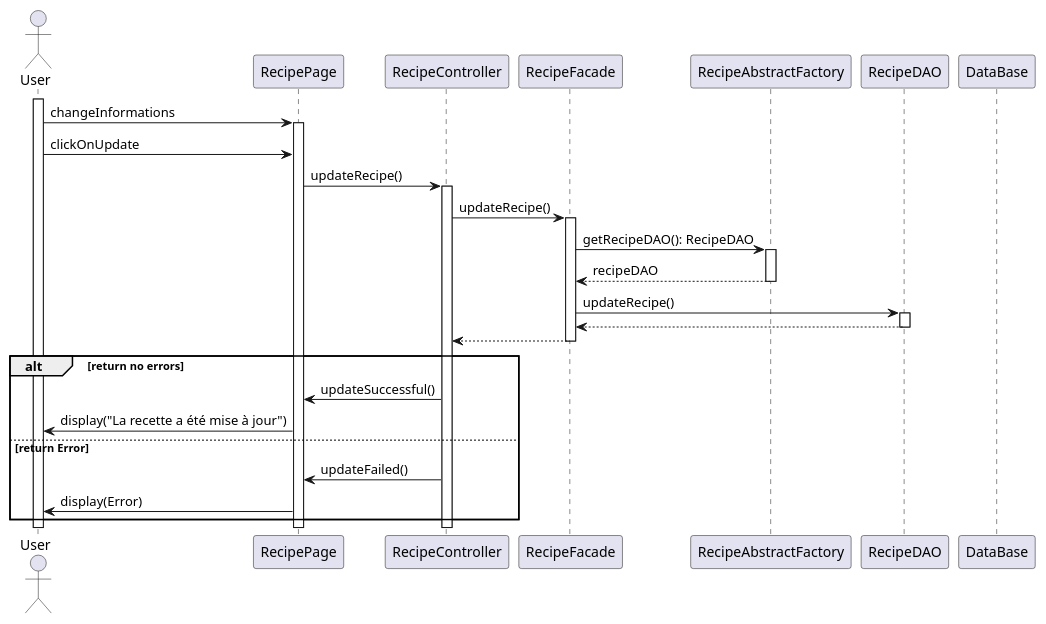
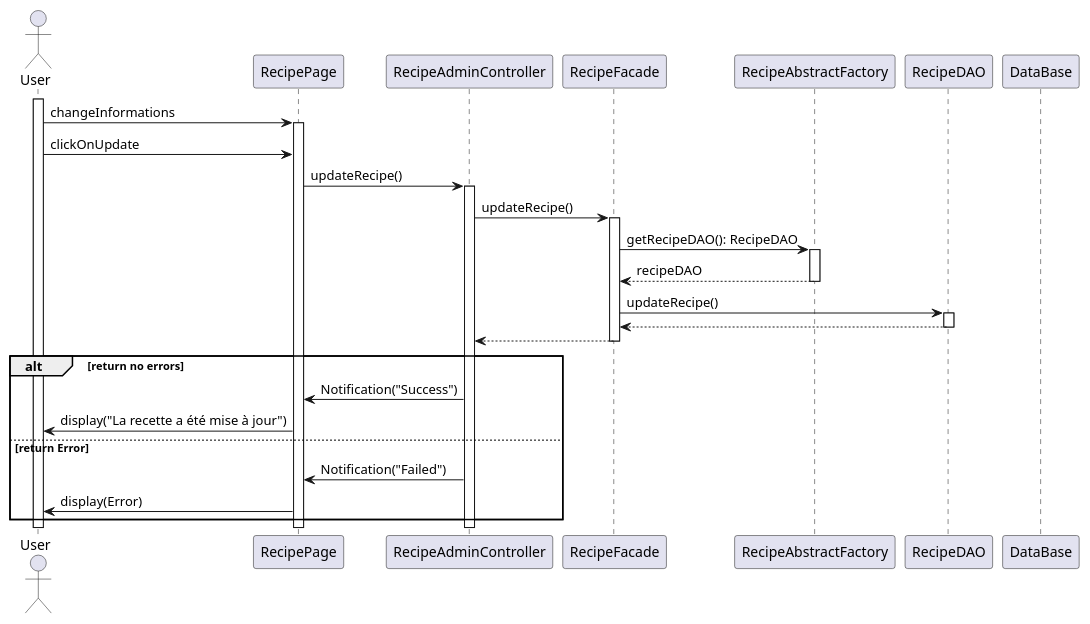
Before and after one commit to iusildra/WineCellar: the diagram in doc/reports/prototype/plantuml/RecipeManagement/updateRecipeSequence.plantuml, drawn with PlantUML. The commit also changed 1 other file, not shown here.

Commit message:
diagramme supplémentaire

```diff
--- a/doc/reports/prototype/plantuml/RecipeManagement/updateRecipeSequence.plantuml
+++ b/doc/reports/prototype/plantuml/RecipeManagement/updateRecipeSequence.plantuml
@@ -1,38 +1,38 @@
 @startuml UpdateRecipe
 skinparam responseMessageBelowArrow true
 
 actor User
 participant RecipePage
-participant RecipeController
+participant RecipeAdminController
 participant RecipeFacade
 participant RecipeAbstractFactory
 participant RecipeDAO
 participant DataBase
 
 activate User
 
 User -> RecipePage++ : changeInformations
 User -> RecipePage : clickOnUpdate
 
-RecipePage -> RecipeController++ : updateRecipe()
+RecipePage -> RecipeAdminController++ : updateRecipe()
 
-RecipeController -> RecipeFacade++ : updateRecipe()
+RecipeAdminController -> RecipeFacade++ : updateRecipe()
 
 RecipeFacade -> RecipeAbstractFactory++ : getRecipeDAO(): RecipeDAO
 return recipeDAO
 RecipeFacade -> RecipeDAO++ : updateRecipe()
 return
 return
 
 alt return no errors
-  RecipeController -> RecipePage : updateSuccessful()
+  RecipeAdminController -> RecipePage : Notification("Success")
 
   RecipePage -> User : display("La recette a été mise à jour")
 
 else return Error
-  RecipeController -> RecipePage : updateFailed()
+  RecipeAdminController -> RecipePage : Notification("Failed")
 
   RecipePage -> User : display(Error)
 end
 
 @enduml
```
